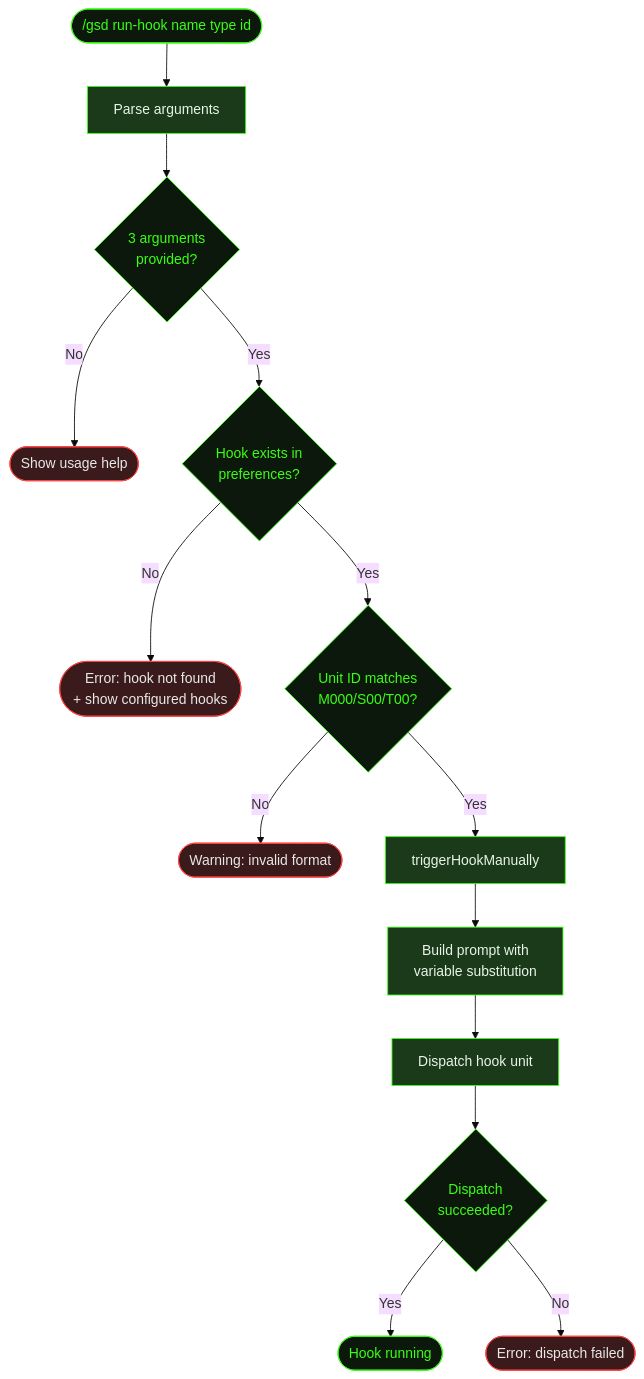
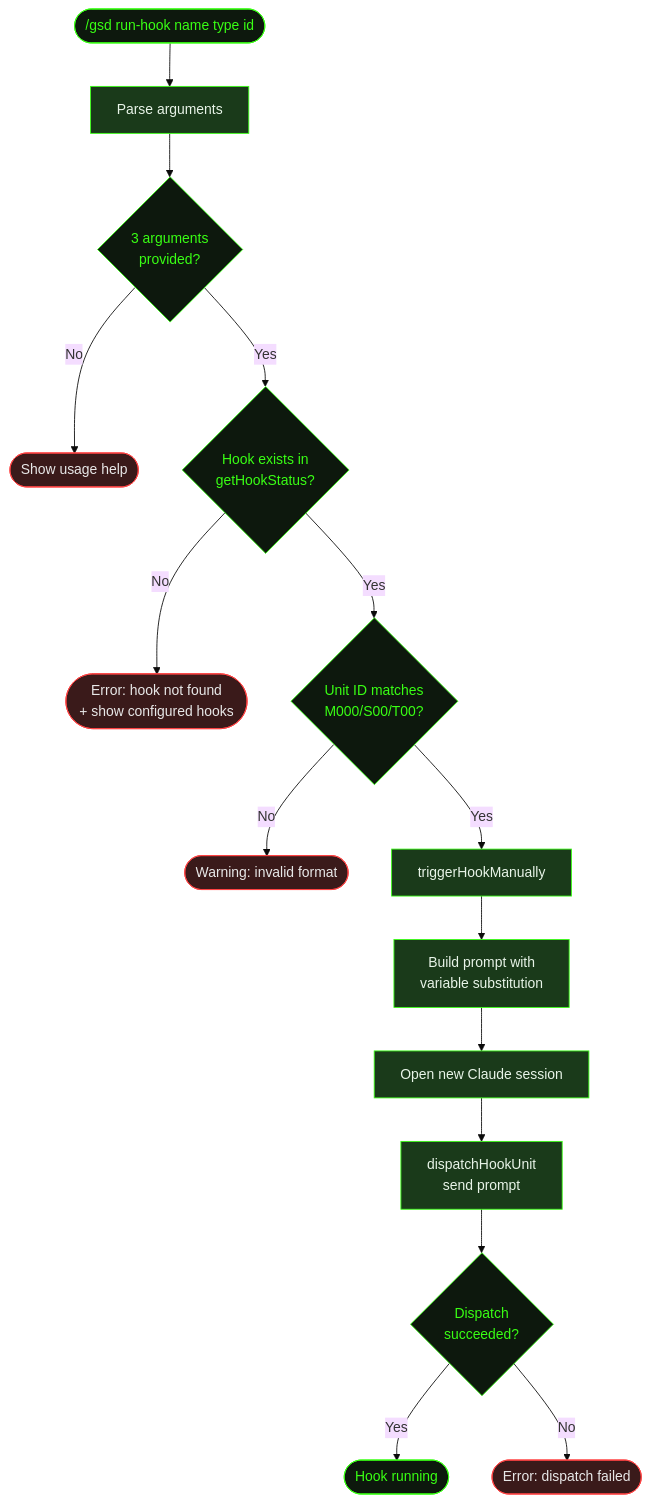
One commit to shusha-group/gsd2-guide changed the diagram in src/content/docs/commands/run-hook.mdx. Above: the diagram before and after it, drawn with Mermaid (base theme). The commit also changed other lines of this file and 49 other files, not shown here.

````diff
--- a/src/content/docs/commands/run-hook.mdx
+++ b/src/content/docs/commands/run-hook.mdx
@@ -36,31 +44,33 @@
 ```mermaid
 flowchart TD
     Start(["/gsd run-hook name type id"]) --> Parse[Parse arguments]
     Parse --> ArgCheck{3 arguments<br/>provided?}
     ArgCheck -->|No| UsageErr([Show usage help])
-    ArgCheck -->|Yes| HookCheck{Hook exists in<br/>preferences?}
+    ArgCheck -->|Yes| HookCheck{Hook exists in<br/>getHookStatus?}
     HookCheck -->|No| NotFound([Error: hook not found<br/>+ show configured hooks])
     HookCheck -->|Yes| IdCheck{Unit ID matches<br/>M000/S00/T00?}
     IdCheck -->|No| IdErr([Warning: invalid format])
     IdCheck -->|Yes| Trigger[triggerHookManually]
     Trigger --> Build[Build prompt with<br/>variable substitution]
-    Build --> Dispatch[Dispatch hook unit]
+    Build --> NewSession[Open new Claude session]
+    NewSession --> Dispatch[dispatchHookUnit<br/>send prompt]
     Dispatch --> Result{Dispatch<br/>succeeded?}
     Result -->|Yes| Done([Hook running])
     Result -->|No| Fail([Error: dispatch failed])
 
     style Start fill:#0d180d,stroke:#39ff14,color:#39ff14
     style Parse fill:#1a3a1a,stroke:#39ff14,color:#e8f4e8
     style ArgCheck fill:#0d180d,stroke:#39ff14,color:#39ff14
     style UsageErr fill:#3a1a1a,stroke:#ff4444,color:#e8e8e8
     style HookCheck fill:#0d180d,stroke:#39ff14,color:#39ff14
     style NotFound fill:#3a1a1a,stroke:#ff4444,color:#e8e8e8
     style IdCheck fill:#0d180d,stroke:#39ff14,color:#39ff14
     style IdErr fill:#3a1a1a,stroke:#ff4444,color:#e8e8e8
     style Trigger fill:#1a3a1a,stroke:#39ff14,color:#e8f4e8
     style Build fill:#1a3a1a,stroke:#39ff14,color:#e8f4e8
+    style NewSession fill:#1a3a1a,stroke:#39ff14,color:#e8f4e8
     style Dispatch fill:#1a3a1a,stroke:#39ff14,color:#e8f4e8
     style Result fill:#0d180d,stroke:#39ff14,color:#39ff14
     style Done fill:#0d180d,stroke:#39ff14,color:#39ff14
     style Fail fill:#3a1a1a,stroke:#ff4444,color:#e8e8e8
 ```
````
